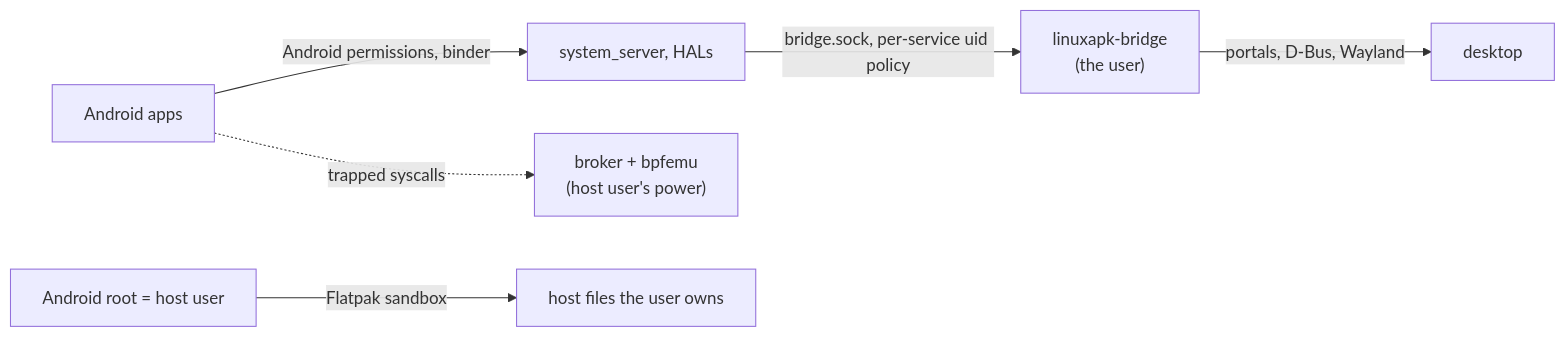
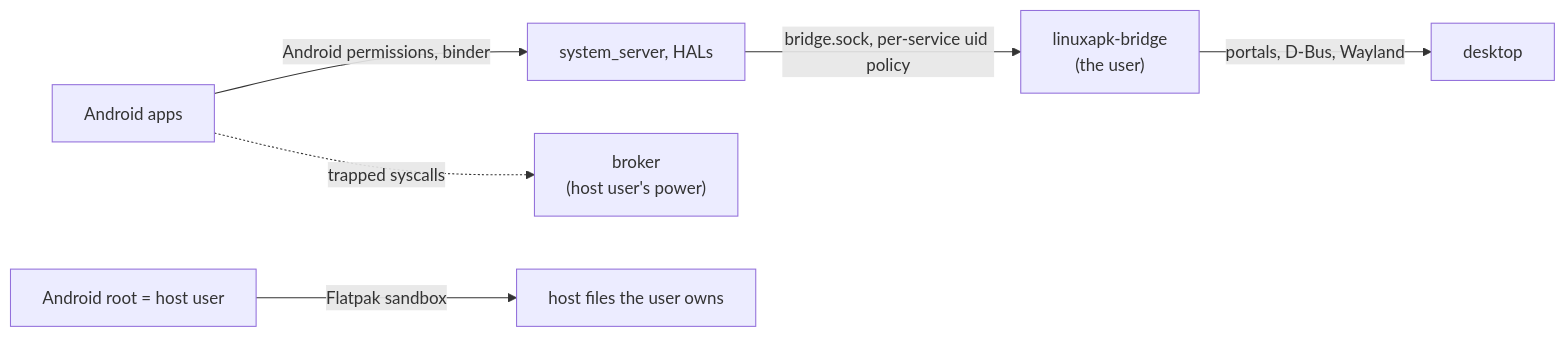
One commit to sargunv/innkeeper changed the diagram in docs/security.md. Above: the diagram before and after it, drawn with Mermaid. The commit also changed other lines of this file and 23 other files, not shown here.

````diff
--- a/docs/security.md
+++ b/docs/security.md
@@ -18,8 +18,8 @@
 ```mermaid
 flowchart LR
   apps["Android apps"] -->|"Android permissions, binder"| sys["system_server, HALs"]
-  apps -. "trapped syscalls" .-> broker["broker + bpfemu<br/>(host user's power)"]
+  apps -. "trapped syscalls" .-> broker["broker<br/>(host user's power)"]
   sys -->|"bridge.sock, per-service uid policy"| bridge["linuxapk-bridge<br/>(the user)"]
   bridge -->|"portals, D-Bus, Wayland"| desk["desktop"]
   root["Android root = host user"] -->|"Flatpak sandbox"| host["host files the user owns"]
 ```
````
